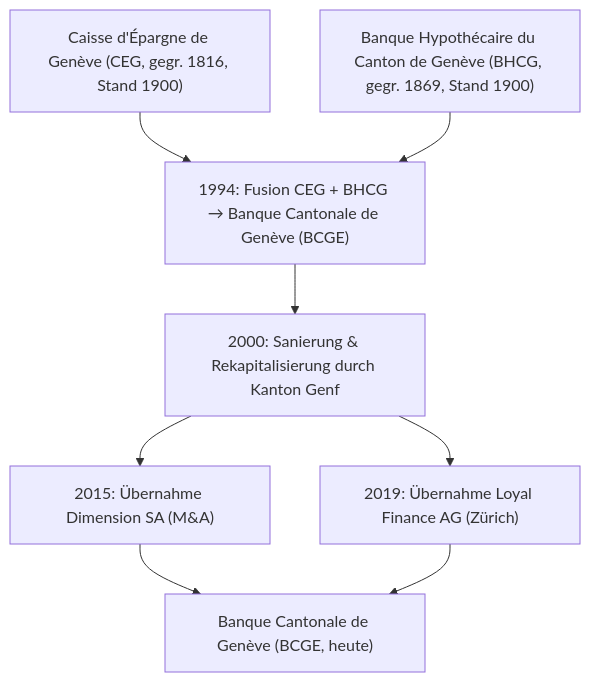
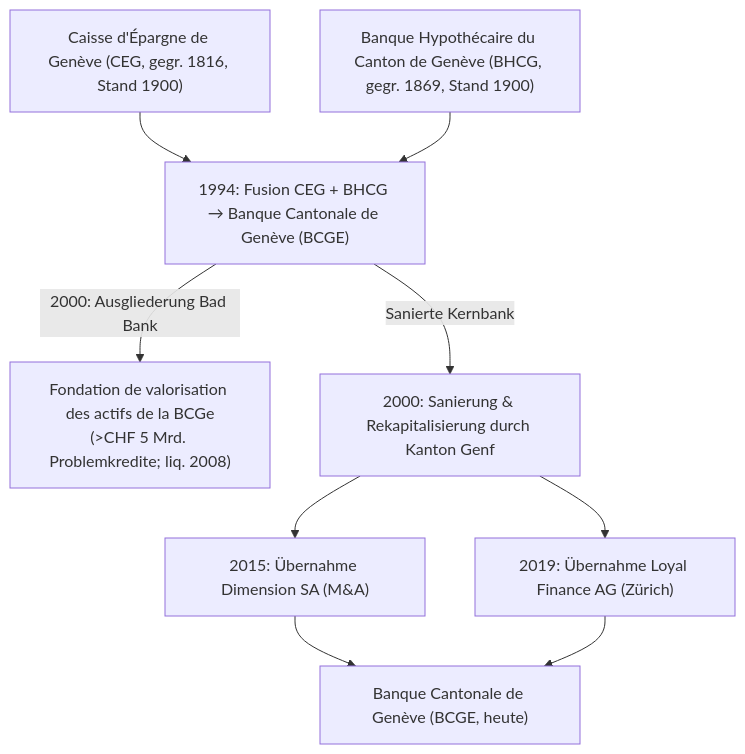
The diagram in banks/gekb/reports/10_fusionsbaum_und_historie.md (chatelao/xkb-geschaeftsbereichte-analysen), drawn with Mermaid before and after one commit. The commit also changed other lines of this file and 5 other files, not shown here.

Commit message:
feat(mergers): expand recursive merger trees (UBS/CS/SKA/SVB) and bank spin-offs/bad banks

````diff
--- a/banks/gekb/reports/10_fusionsbaum_und_historie.md
+++ b/banks/gekb/reports/10_fusionsbaum_und_historie.md
@@ -9,10 +9,11 @@
 ```mermaid
 flowchart TD
     CEG["Caisse d'Épargne de Genève (CEG, gegr. 1816, Stand 1900)"] --> FUS1994["1994: Fusion CEG + BHCG → Banque Cantonale de Genève (BCGE)"]
     BHCG["Banque Hypothécaire du Canton de Genève (BHCG, gegr. 1869, Stand 1900)"] --> FUS1994
-    FUS1994 --> RESTR2000["2000: Sanierung & Rekapitalisierung durch Kanton Genf"]
+    FUS1994 -->|"2000: Ausgliederung Bad Bank"| FOND["Fondation de valorisation des actifs de la BCGe<br>(>CHF 5 Mrd. Problemkredite; liq. 2008)"]
+    FUS1994 -->|"Sanierte Kernbank"| RESTR2000["2000: Sanierung & Rekapitalisierung durch Kanton Genf"]
     RESTR2000 --> DIM2015["2015: Übernahme Dimension SA (M&A)"]
     RESTR2000 --> LF2019["2019: Übernahme Loyal Finance AG (Zürich)"]
     DIM2015 --> BCGE["Banque Cantonale de Genève (BCGE, heute)"]
     LF2019 --> BCGE
 ```
````
